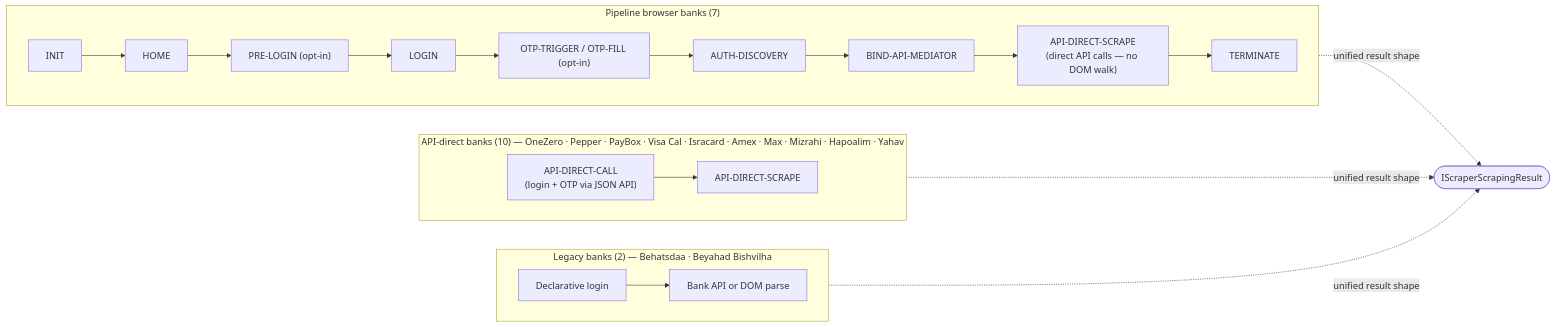
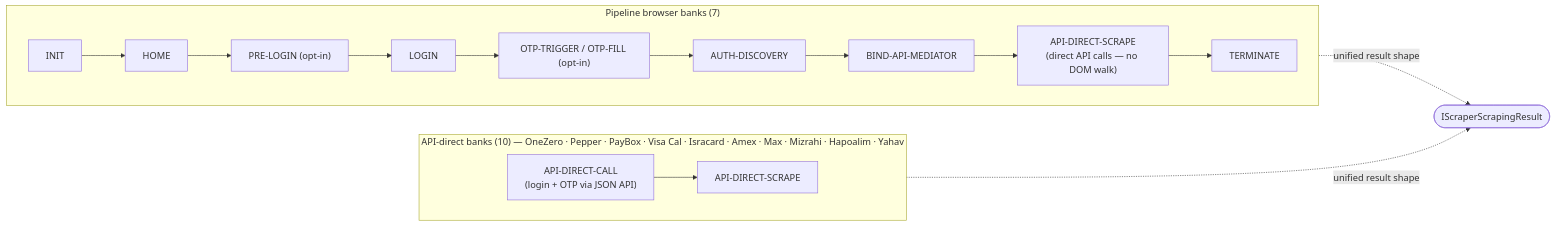
One commit to sergienko4/israeli-bank-scrapers changed the diagram in README.md. Above: the diagram before and after it, drawn with Mermaid. The commit also changed other lines of this file and 116 other files, not shown here.

First line of the commit message:
feat!: remove Behatsdaa, BeyahadBishvilha

````diff
--- a/README.md
+++ b/README.md
@@ -396,27 +389,21 @@
 ```mermaid
 flowchart LR
     subgraph BB["Pipeline browser banks (7)"]
       direction LR
       INIT --> HOME --> PRELOGIN["PRE-LOGIN (opt-in)"]
       PRELOGIN --> LOGIN
       LOGIN --> OTP["OTP-TRIGGER / OTP-FILL (opt-in)"]
       OTP --> AUTH["AUTH-DISCOVERY"]
       AUTH --> BIND["BIND-API-MEDIATOR"]
       BIND --> SCRAPE["API-DIRECT-SCRAPE<br/>(direct API calls — no DOM walk)"]
       SCRAPE --> TERM["TERMINATE"]
     end
 
     subgraph API["API-direct banks (10) — OneZero · Pepper · PayBox · Visa Cal · Isracard · Amex · Max · Mizrahi · Hapoalim · Yahav"]
       direction LR
       CALL["API-DIRECT-CALL<br/>(login + OTP via JSON API)"] --> SCR["API-DIRECT-SCRAPE"]
     end
 
-    subgraph LEG["Legacy banks (2) — Behatsdaa · Beyahad Bishvilha"]
-      direction LR
-      LLOGIN["Declarative login"] --> LFETCH["Bank API or DOM parse"]
-    end
-
     BB -.->|"unified result shape"| RESULT(["IScraperScrapingResult"])
     API -.->|"unified result shape"| RESULT
-    LEG -.->|"unified result shape"| RESULT
 ```
````
